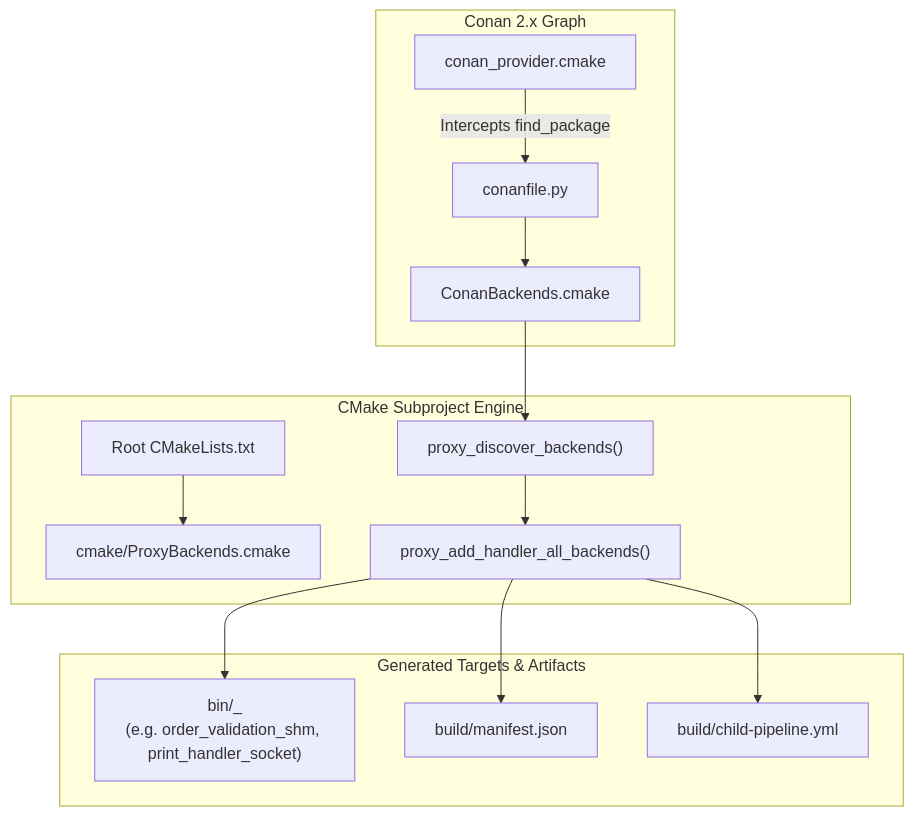
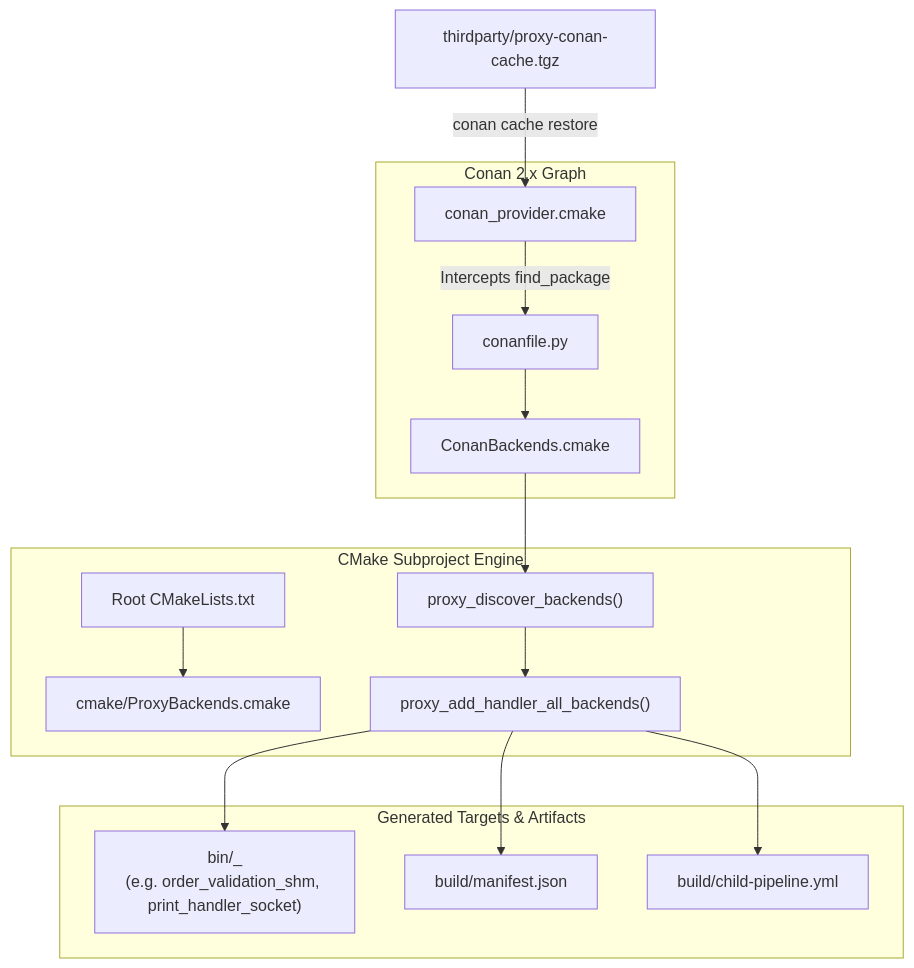
One commit to notzain/proxy-pipeline changed the first of 2 diagrams in docs/architecture/build-system-and-packaging.md. Above: the diagram before and after it, drawn with Mermaid. The commit also changed other lines of this file and 9 other files, not shown here.

````diff
--- a/docs/architecture/build-system-and-packaging.md
+++ b/docs/architecture/build-system-and-packaging.md
@@ -22,30 +22,32 @@
 ```mermaid
 flowchart TD
     subgraph Conan ["Conan 2.x Graph"]
         CONANFILE["conanfile.py"]
         PROVIDER["conan_provider.cmake"]
         CONAN_BACKENDS["ConanBackends.cmake"]
     end
 
     subgraph CMake ["CMake Subproject Engine"]
         ROOT_CMAKE["Root CMakeLists.txt"]
         PB_CMAKE["cmake/ProxyBackends.cmake"]
         DISCOVER["proxy_discover_backends()"]
         ADD_HANDLER["proxy_add_handler_all_backends()"]
     end
 
     subgraph Outputs ["Generated Targets & Artifacts"]
         BINARIES["bin/<handler>_<backend><br/>(e.g. order_validation_shm, print_handler_socket)"]
         MANIFEST["build/manifest.json"]
         CHILD_CI["build/child-pipeline.yml"]
     end
 
     PROVIDER -->|Intercepts find_package| CONANFILE
     CONANFILE --> CONAN_BACKENDS
+    CACHE_BUNDLE["thirdparty/proxy-conan-cache.tgz"]
+    CACHE_BUNDLE -->|conan cache restore| PROVIDER
     ROOT_CMAKE --> PB_CMAKE
     CONAN_BACKENDS --> DISCOVER
     DISCOVER --> ADD_HANDLER
     ADD_HANDLER --> BINARIES
     ADD_HANDLER --> MANIFEST
     ADD_HANDLER --> CHILD_CI
 ```
````
